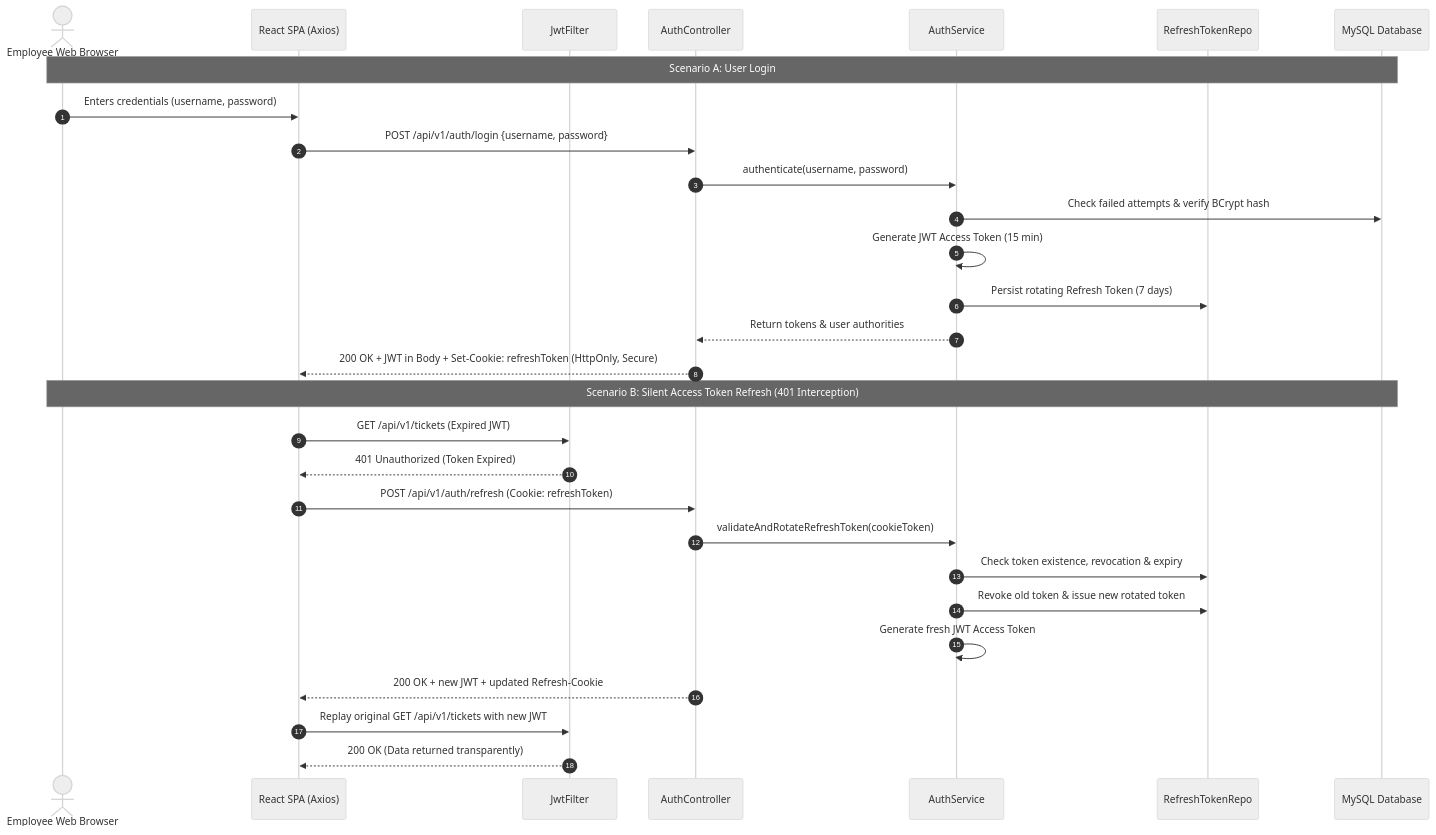
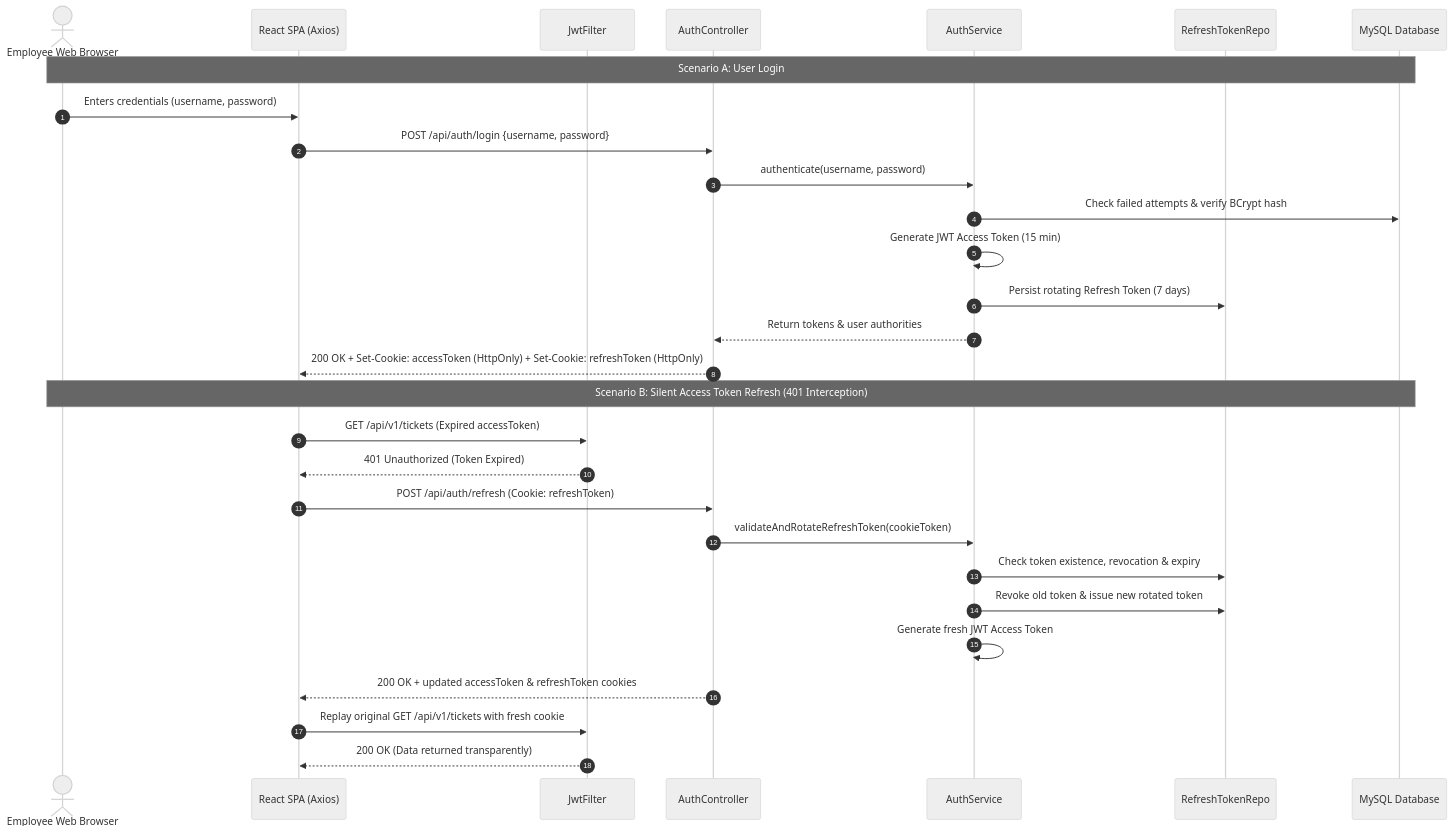
Before and after one commit to iyyappanecys033/EMPORA: the third of 9 diagrams in docs/architecture/HLD.md, drawn with Mermaid (neutral theme). The commit also changed other lines of this file and 20 other files, not shown here.

````diff
--- a/docs/architecture/HLD.md
+++ b/docs/architecture/HLD.md
@@ -162,33 +188,33 @@
 ```mermaid
 sequenceDiagram
     autonumber
     actor User as Employee Web Browser
     participant React as React SPA (Axios)
     participant Filter as JwtFilter
     participant AuthCtrl as AuthController
     participant AuthSvc as AuthService
     participant RefreshRepo as RefreshTokenRepo
     participant DB as MySQL Database
 
     Note over User, DB: Scenario A: User Login
     User->>React: Enters credentials (username, password)
-    React->>AuthCtrl: POST /api/v1/auth/login {username, password}
+    React->>AuthCtrl: POST /api/auth/login {username, password}
     AuthCtrl->>AuthSvc: authenticate(username, password)
     AuthSvc->>DB: Check failed attempts & verify BCrypt hash
     AuthSvc->>AuthSvc: Generate JWT Access Token (15 min)
     AuthSvc->>RefreshRepo: Persist rotating Refresh Token (7 days)
     AuthSvc-->>AuthCtrl: Return tokens & user authorities
-    AuthCtrl-->>React: 200 OK + JWT in Body + Set-Cookie: refreshToken (HttpOnly, Secure)
+    AuthCtrl-->>React: 200 OK + Set-Cookie: accessToken (HttpOnly) + Set-Cookie: refreshToken (HttpOnly)
 
     Note over User, DB: Scenario B: Silent Access Token Refresh (401 Interception)
-    React->>Filter: GET /api/v1/tickets (Expired JWT)
+    React->>Filter: GET /api/v1/tickets (Expired accessToken)
     Filter-->>React: 401 Unauthorized (Token Expired)
-    React->>AuthCtrl: POST /api/v1/auth/refresh (Cookie: refreshToken)
+    React->>AuthCtrl: POST /api/auth/refresh (Cookie: refreshToken)
     AuthCtrl->>AuthSvc: validateAndRotateRefreshToken(cookieToken)
     AuthSvc->>RefreshRepo: Check token existence, revocation & expiry
     AuthSvc->>RefreshRepo: Revoke old token & issue new rotated token
     AuthSvc->>AuthSvc: Generate fresh JWT Access Token
-    AuthCtrl-->>React: 200 OK + new JWT + updated Refresh-Cookie
-    React->>Filter: Replay original GET /api/v1/tickets with new JWT
+    AuthCtrl-->>React: 200 OK + updated accessToken & refreshToken cookies
+    React->>Filter: Replay original GET /api/v1/tickets with fresh cookie
     Filter-->>React: 200 OK (Data returned transparently)
 ```
````
